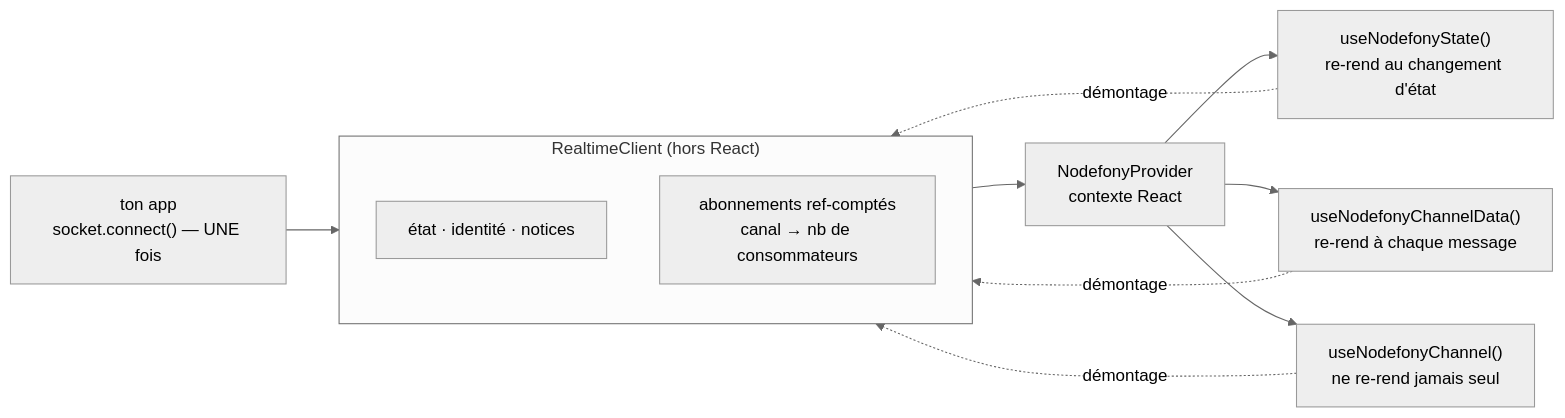
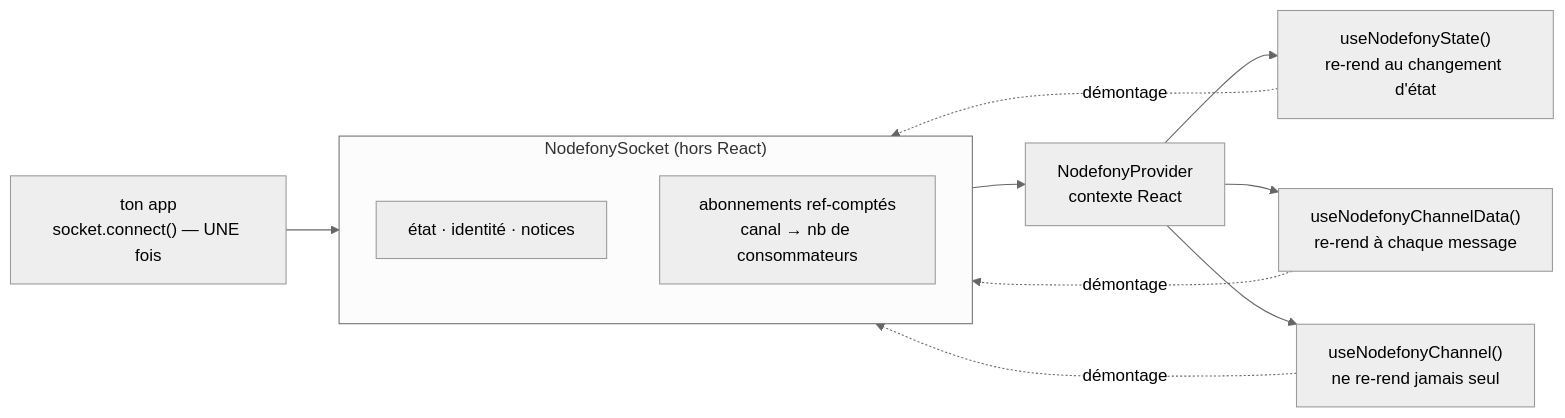
The first of 2 diagrams in src/nodefony/docs/react-hooks.md (nodefony/nodefony-core), drawn with Mermaid (neutral theme) before and after one commit. The commit also changed other lines of this file and 133 other files, not shown here.

````diff
--- a/src/nodefony/docs/react-hooks.md
+++ b/src/nodefony/docs/react-hooks.md
@@ -45,16 +45,16 @@
 ```mermaid
 flowchart LR
   APP["ton app<br/>socket.connect() — UNE fois"] --> CL
-  subgraph CL["RealtimeClient (hors React)"]
+  subgraph CL["NodefonySocket (hors React)"]
     direction TB
     S["état · identité · notices"]
     R["abonnements ref-comptés<br/>canal → nb de consommateurs"]
   end
   CL --> P["NodefonyProvider<br/>contexte React"]
   P --> H1["useNodefonyState()<br/>re-rend au changement d'état"]
   P --> H2["useNodefonyChannelData()<br/>re-rend à chaque message"]
   P --> H3["useNodefonyChannel()<br/>ne re-rend jamais seul"]
   H1 -. "démontage" .-> R
   H2 -. "démontage" .-> R
   H3 -. "démontage" .-> R
 ```
````
